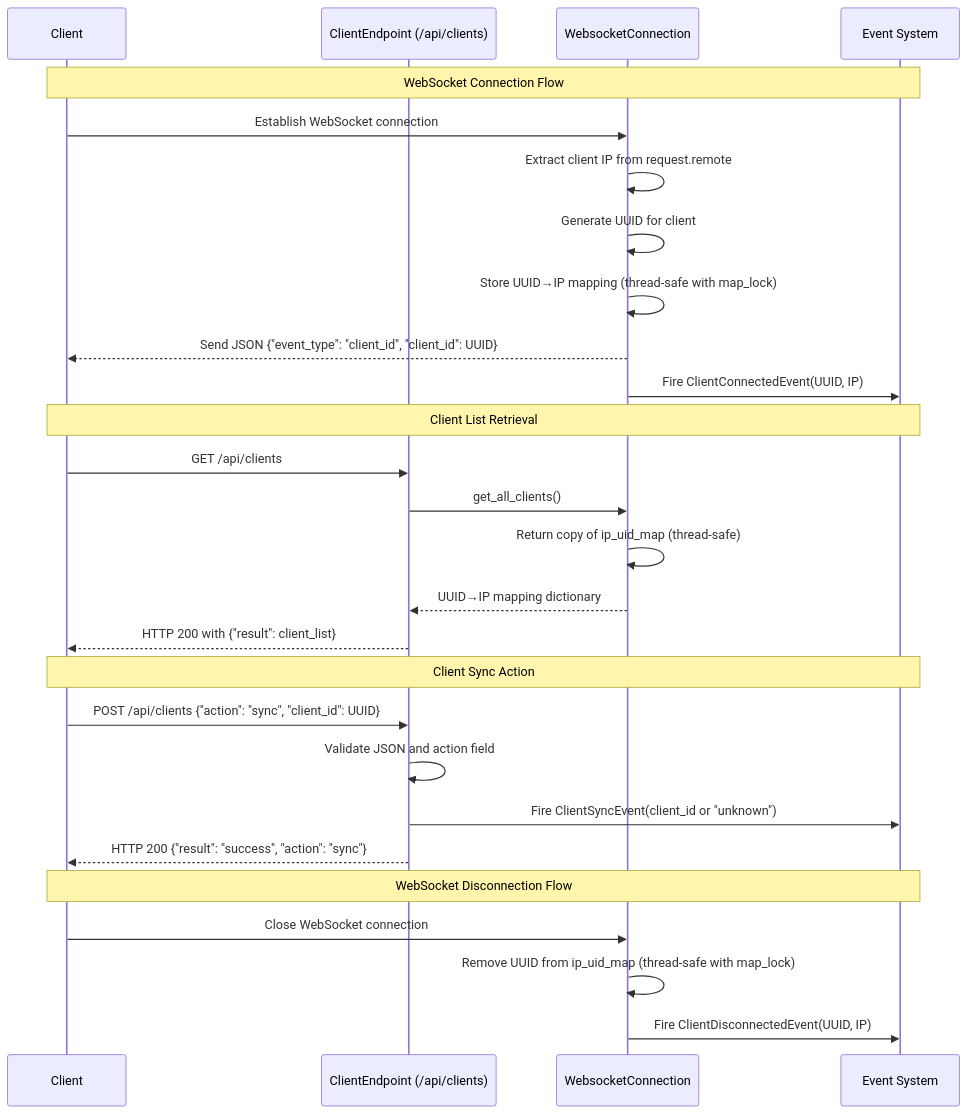
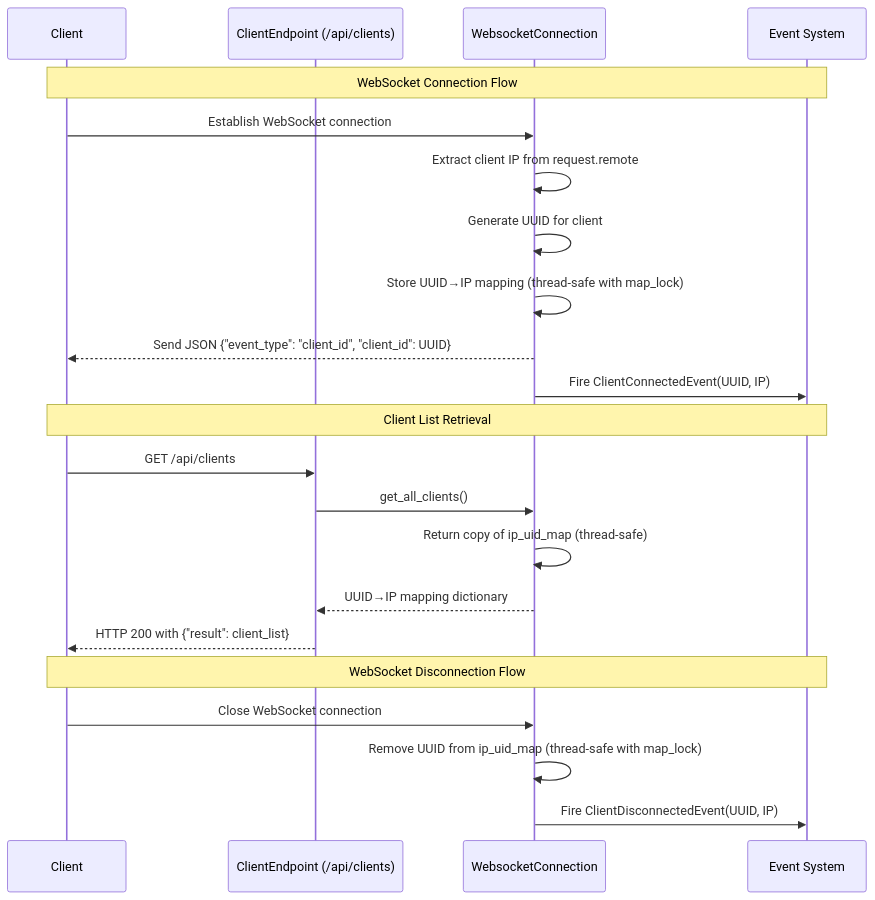
Before and after one commit to LedFx/LedFx: the first of 2 diagrams in docs/apis/websocket.md, drawn with Mermaid. The commit also changed other lines of this file and 1 other file, not shown here.

````diff
--- a/docs/apis/websocket.md
+++ b/docs/apis/websocket.md
@@ -20,33 +20,27 @@
 ```{mermaid}
   sequenceDiagram
       participant Client
       participant ClientEndpoint as ClientEndpoint (/api/clients)
       participant WebSocketMgr as WebsocketConnection
       participant EventSystem as Event System
 
       Note over Client,EventSystem: WebSocket Connection Flow
       Client->>WebSocketMgr: Establish WebSocket connection
       WebSocketMgr->>WebSocketMgr: Extract client IP from request.remote
       WebSocketMgr->>WebSocketMgr: Generate UUID for client
       WebSocketMgr->>WebSocketMgr: Store UUID→IP mapping (thread-safe with map_lock)
       WebSocketMgr-->>Client: Send JSON {"event_type": "client_id", "client_id": UUID}
       WebSocketMgr->>EventSystem: Fire ClientConnectedEvent(UUID, IP)
 
       Note over Client,EventSystem: Client List Retrieval
       Client->>ClientEndpoint: GET /api/clients
       ClientEndpoint->>WebSocketMgr: get_all_clients()
       WebSocketMgr->>WebSocketMgr: Return copy of ip_uid_map (thread-safe)
       WebSocketMgr-->>ClientEndpoint: UUID→IP mapping dictionary
       ClientEndpoint-->>Client: HTTP 200 with {"result": client_list}
 
-      Note over Client,EventSystem: Client Sync Action
-      Client->>ClientEndpoint: POST /api/clients {"action": "sync", "client_id": UUID}
-      ClientEndpoint->>ClientEndpoint: Validate JSON and action field
-      ClientEndpoint->>EventSystem: Fire ClientSyncEvent(client_id or "unknown")
-      ClientEndpoint-->>Client: HTTP 200 {"result": "success", "action": "sync"}
-
       Note over Client,EventSystem: WebSocket Disconnection Flow
       Client->>WebSocketMgr: Close WebSocket connection
       WebSocketMgr->>WebSocketMgr: Remove UUID from ip_uid_map (thread-safe with map_lock)
       WebSocketMgr->>EventSystem: Fire ClientDisconnectedEvent(UUID, IP)
 ```
````
